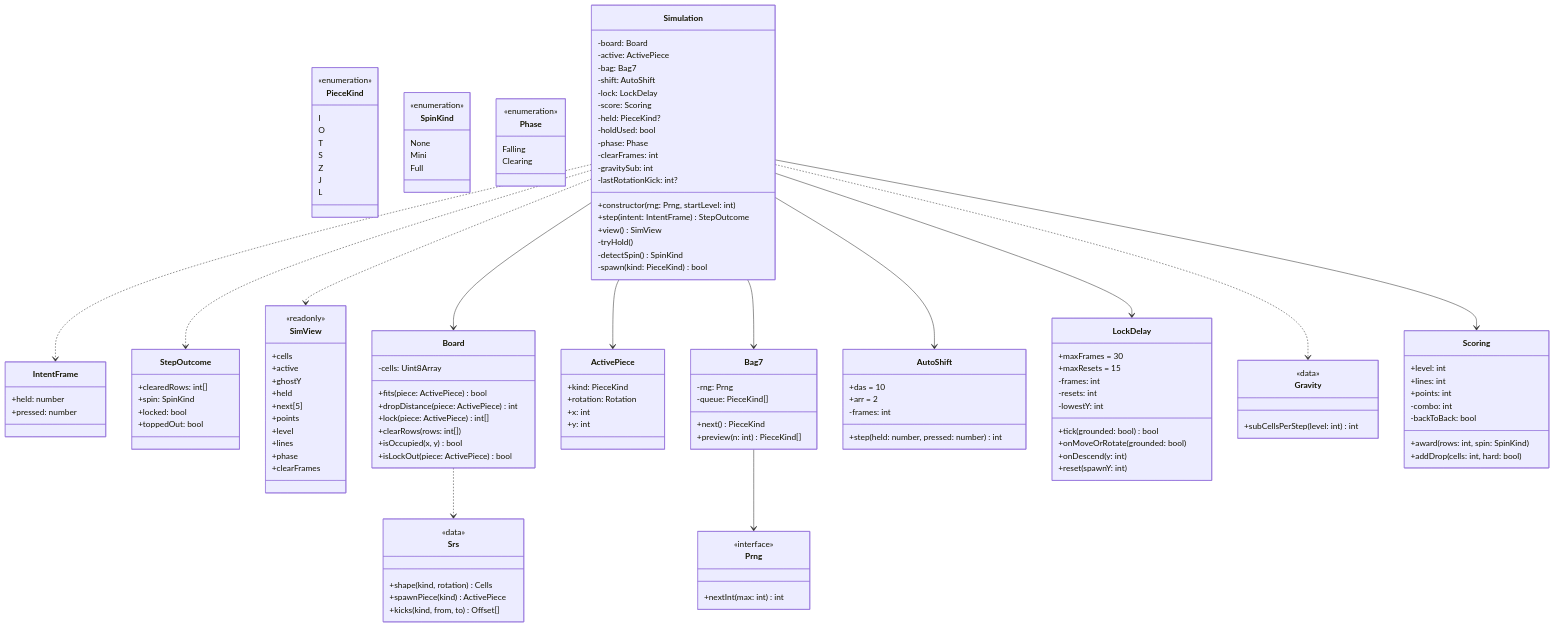
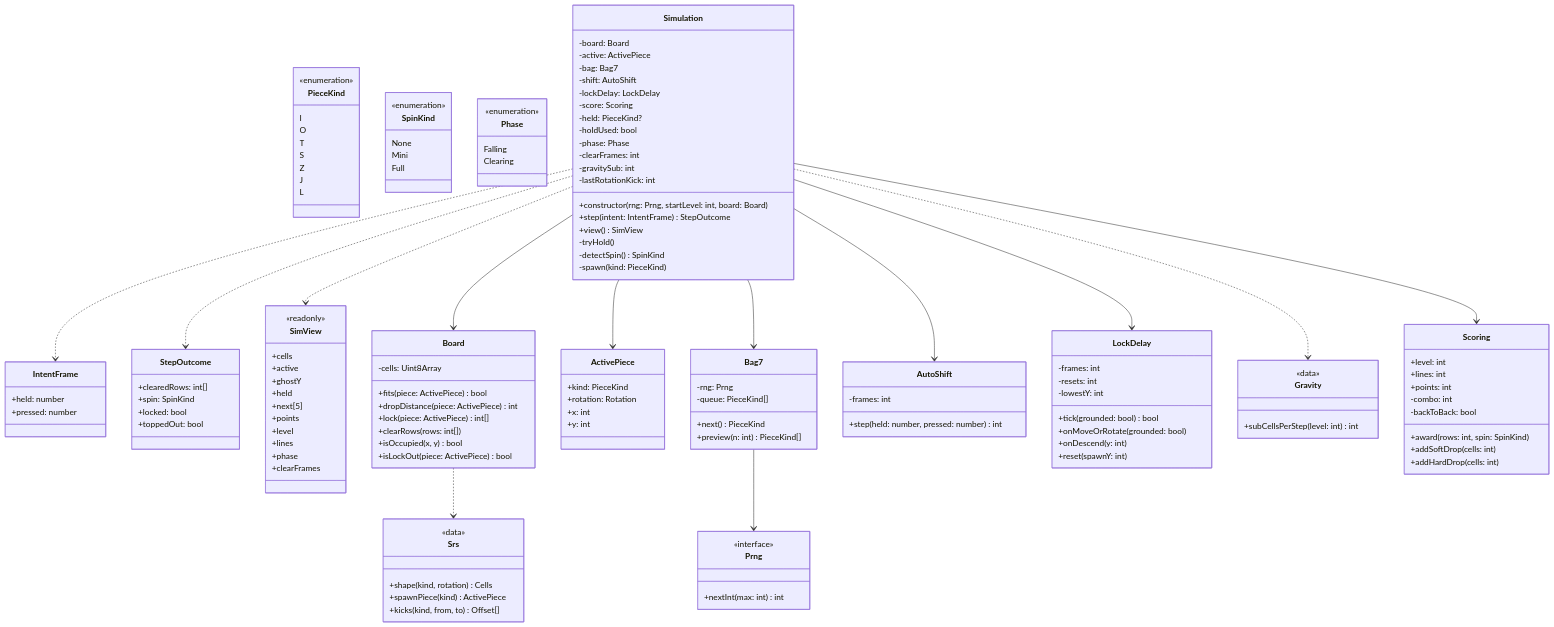
One commit to benoit-bremaud/retro-blocks changed the diagram in docs/architecture/diagrams/system/02-class.md. Above: the diagram before and after it, drawn with Mermaid. The commit also changed other lines of this file and 15 other files, not shown here.

First line of the commit message:
feat(game): AutoShift, LockDelay, Gravity, Scoring and Simulation (brick 4) (#7)

```diff
--- a/docs/architecture/diagrams/system/02-class.md
+++ b/docs/architecture/diagrams/system/02-class.md
@@ -35,20 +35,20 @@
     -active: ActivePiece
     -bag: Bag7
     -shift: AutoShift
-    -lock: LockDelay
+    -lockDelay: LockDelay
     -score: Scoring
     -held: PieceKind?
     -holdUsed: bool
     -phase: Phase
     -clearFrames: int
     -gravitySub: int
-    -lastRotationKick: int?
-    +constructor(rng: Prng, startLevel: int)
+    -lastRotationKick: int
+    +constructor(rng: Prng, startLevel: int, board: Board)
     +step(intent: IntentFrame) StepOutcome
     +view() SimView
     -tryHold()
     -detectSpin() SpinKind
-    -spawn(kind: PieceKind) bool
+    -spawn(kind: PieceKind)
   }
   class IntentFrame {
     +held: number
@@ -105,14 +105,10 @@
     +nextInt(max: int) int
   }
   class AutoShift {
-    +das = 10
-    +arr = 2
     -frames: int
     +step(held: number, pressed: number) int
   }
   class LockDelay {
-    +maxFrames = 30
-    +maxResets = 15
     -frames: int
     -resets: int
     -lowestY: int
@@ -132,7 +128,8 @@
     -combo: int
     -backToBack: bool
     +award(rows: int, spin: SpinKind)
-    +addDrop(cells: int, hard: bool)
+    +addSoftDrop(cells: int)
+    +addHardDrop(cells: int)
   }
   Simulation --> Board
   Simulation --> ActivePiece
```
